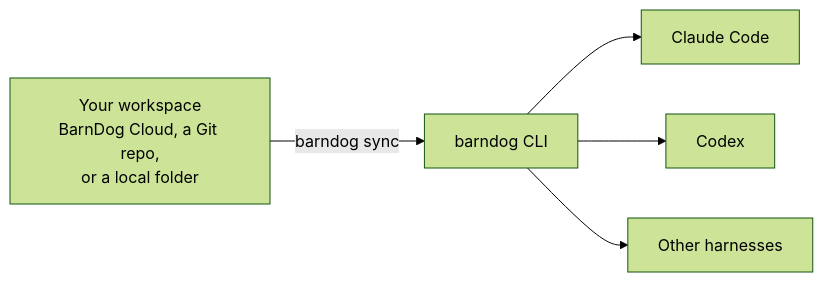
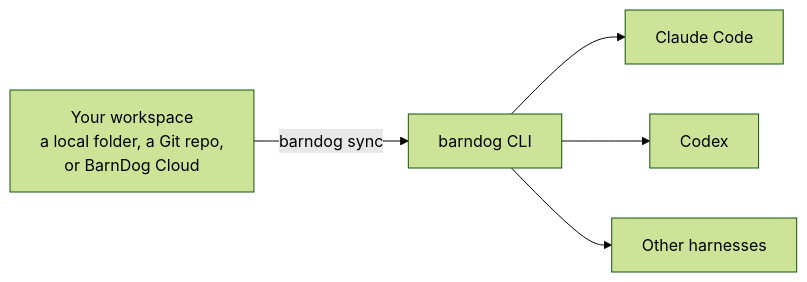
Before and after one commit to barndog-ai/barndog-cli: the diagram in README.md, drawn with Mermaid (forest theme). The commit also changed other lines of this file, not shown here.

Commit message:
docs: present local, Git and Cloud workspaces as equal choices

````diff
--- a/README.md
+++ b/README.md
@@ -22,7 +34,7 @@
 ```mermaid
 flowchart LR
-  W["Your workspace<br/>BarnDog Cloud, a Git repo,<br/>or a local folder"] -->|barndog sync| C["barndog CLI"]
+  W["Your workspace<br/>a local folder, a Git repo,<br/>or BarnDog Cloud"] -->|barndog sync| C["barndog CLI"]
   C --> CC[Claude Code]
   C --> CX[Codex]
   C --> CU[Other harnesses]
 ```
````
